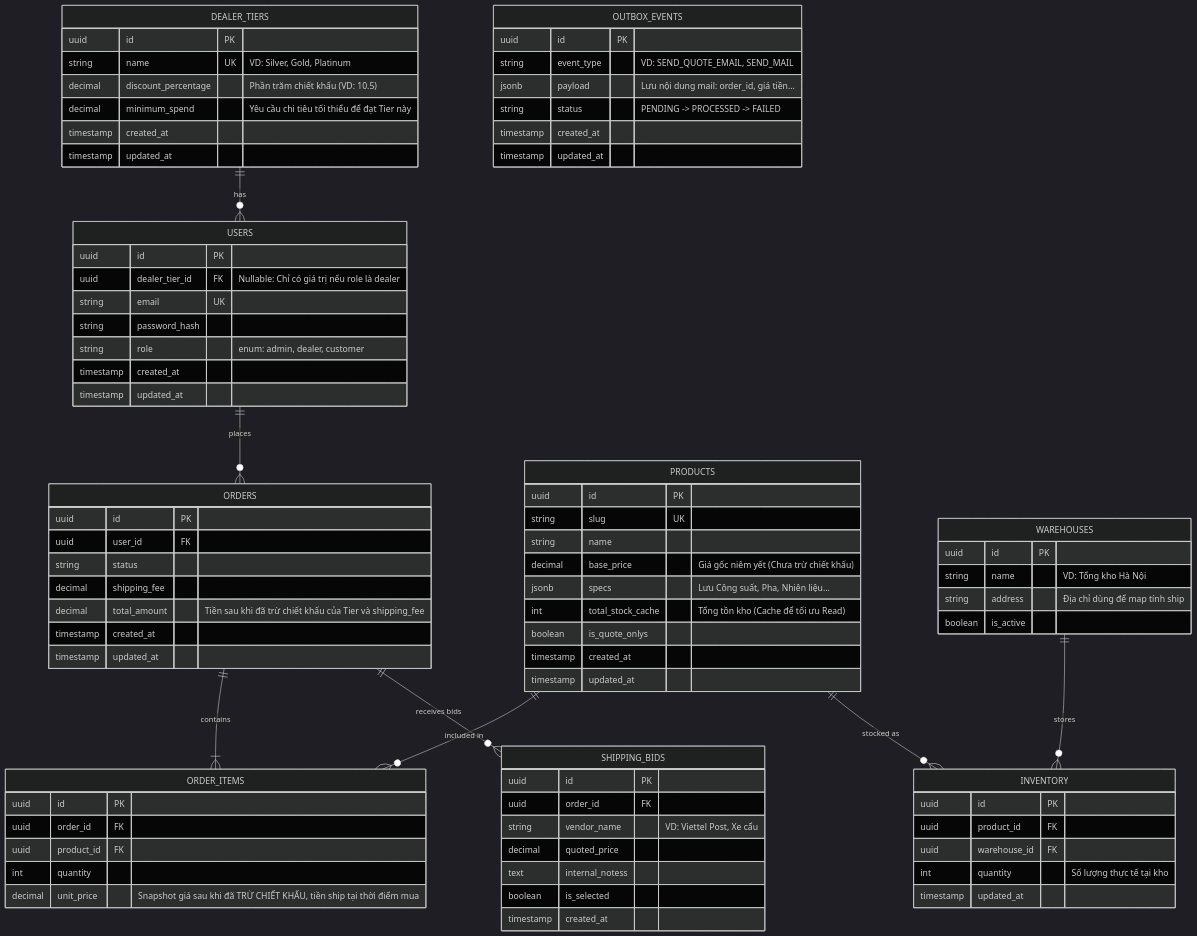
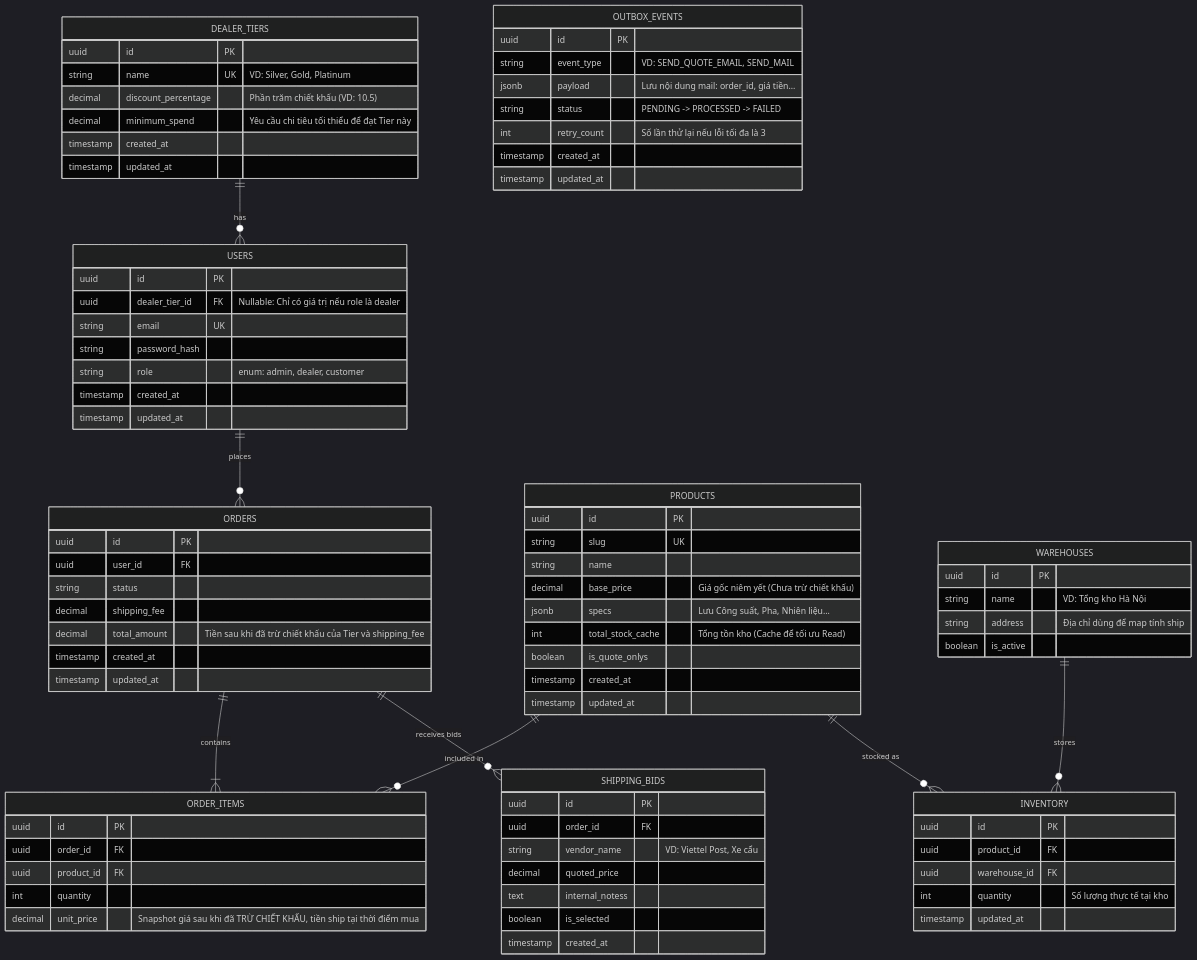
The diagram in docs/03-database-schema.md (ngxccc/hyundai-ecommerce), drawn with Mermaid (dark theme) before and after one commit.

Commit message:
feat(docs\03-database-schema.md): add retry_count field to Outbox Pattern section for error handling

```diff
--- a/docs/03-database-schema.md
+++ b/docs/03-database-schema.md
@@ -97,6 +97,7 @@
     string event_type "VD: SEND_QUOTE_EMAIL, SEND_MAIL"
     jsonb payload "Lưu nội dung mail: order_id, giá tiền..."
     string status "PENDING -> PROCESSED -> FAILED"
+    int retry_count "Số lần thử lại nếu lỗi tối đa là 3"
     timestamp created_at
     timestamp updated_at
   }
```
